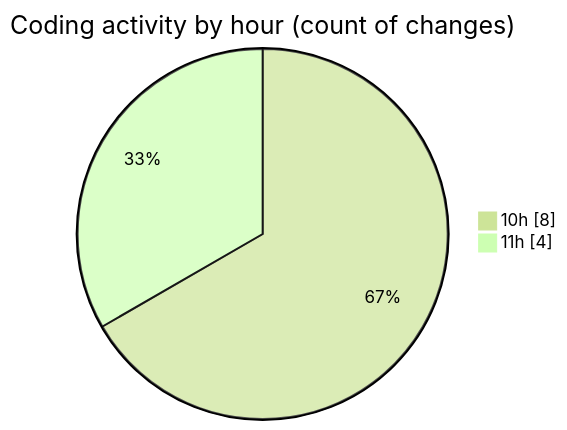
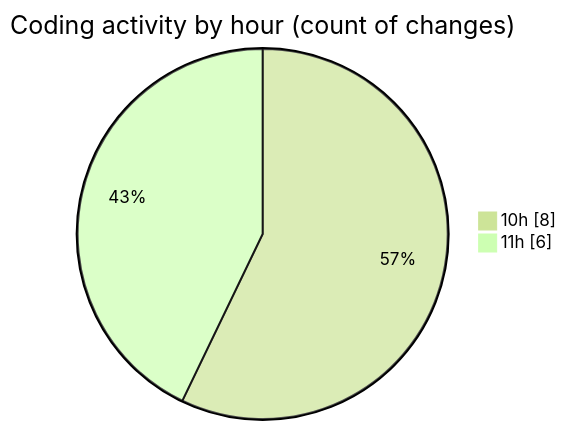
Before and after one commit to igalym/code-tracking: the second of 2 diagrams in 2025-12-30/budget_front_nest/README.md, drawn with Mermaid (forest theme). The commit also changed other lines of this file and 1 other file, not shown here.

````diff
--- a/2025-12-30/budget_front_nest/README.md
+++ b/2025-12-30/budget_front_nest/README.md
@@ -35,6 +35,6 @@
 ```mermaid
 pie showData
 title Coding activity by hour (count of changes)
 "10h" : 8
-"11h" : 4
+"11h" : 6
 ```
````
